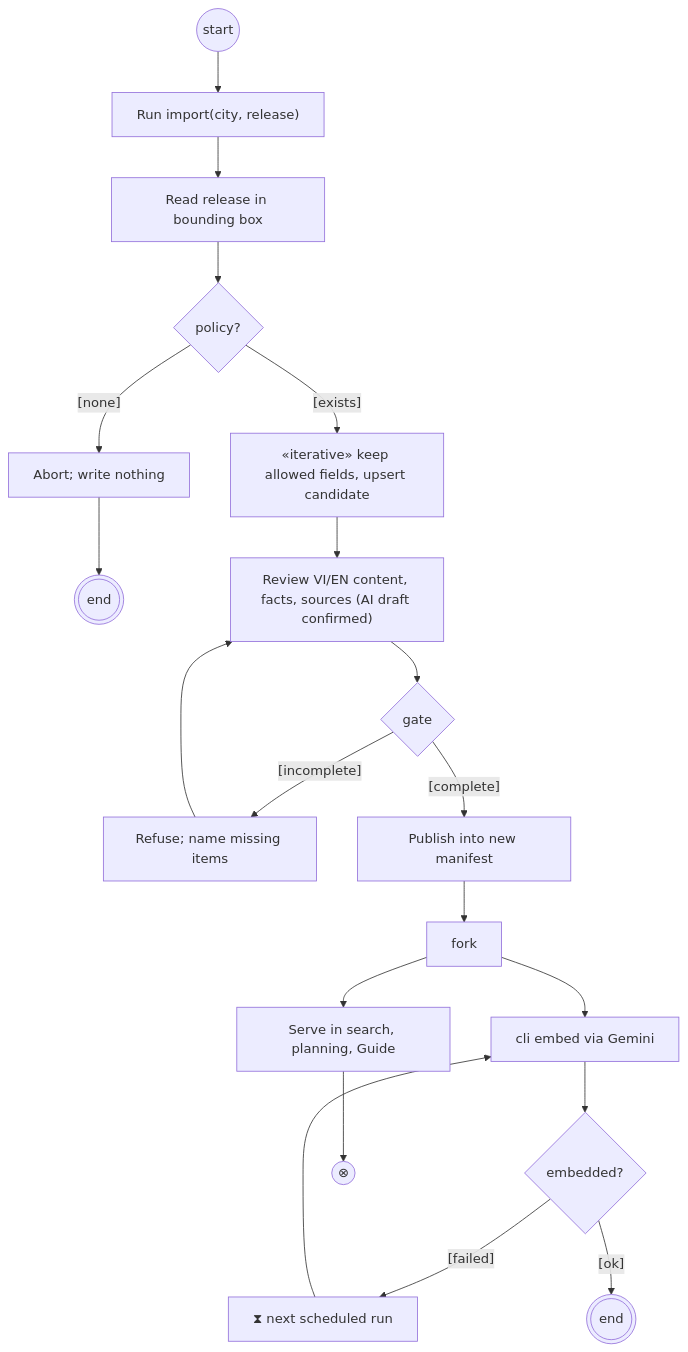
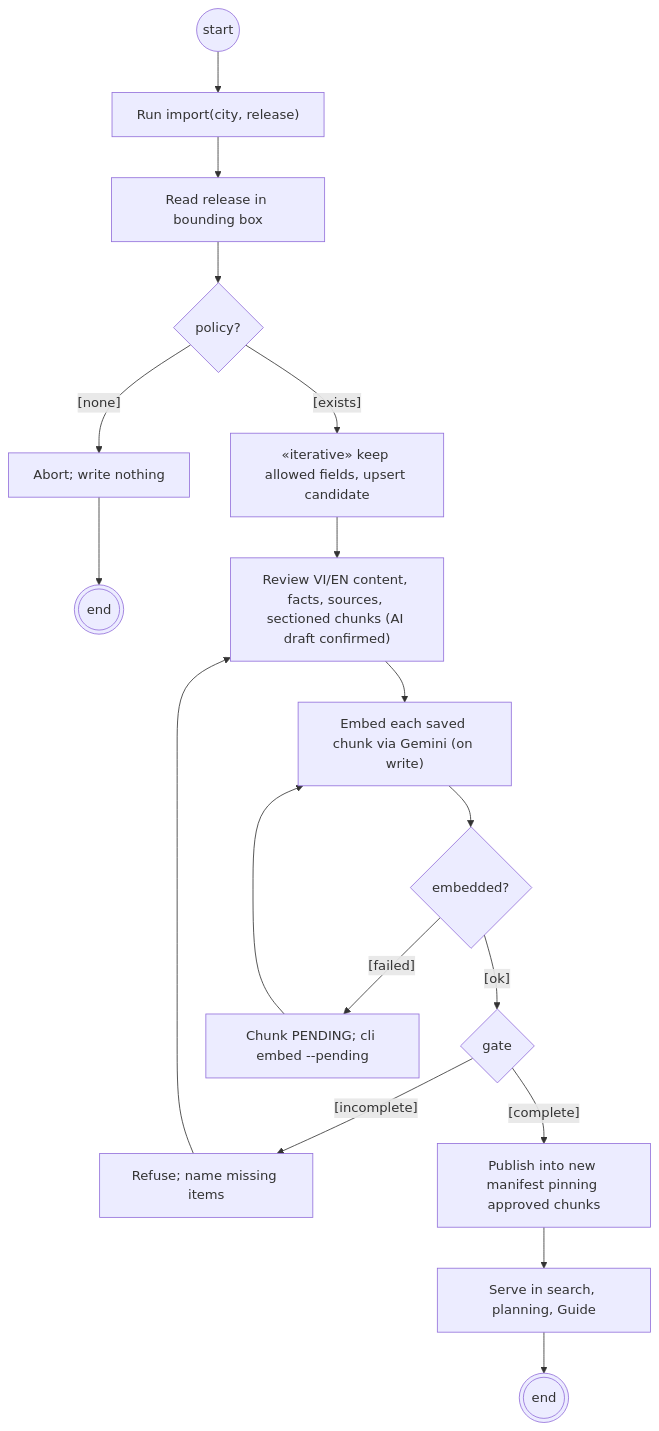
The ninth of 10 diagrams in docs/04-design/diagrams/README.md (lnt-h/fyp_dana), drawn with Mermaid before and after one commit. The commit also changed other lines of this file and 19 other files, not shown here.

First line of the commit message:
docs(design): align AI design — two-tier Guide evidence, multi-day OR-Tools model, embeddings on write

````diff
--- a/docs/04-design/diagrams/README.md
+++ b/docs/04-design/diagrams/README.md
@@ -315,12 +316,12 @@
 ```mermaid
 flowchart TD
     s((start)) --> imp["Run import(city, release)"] --> rd["Read release in bounding box"] --> p{policy?}
     p -->|"[none]"| ab["Abort; write nothing"] --> e0(((end)))
-    p -->|"[exists]"| up["«iterative» keep allowed fields, upsert candidate"] --> rev["Review VI/EN content, facts, sources (AI draft confirmed)"] --> gate{gate}
+    p -->|"[exists]"| up["«iterative» keep allowed fields, upsert candidate"] --> rev["Review VI/EN content, facts, sources, sectioned chunks (AI draft confirmed)"]
+    gate{gate}
     gate -->|"[incomplete]"| rf["Refuse; name missing items"] --> rev
-    gate -->|"[complete]"| pub["Publish into new manifest"] --> fk[fork]
-    fk --> emb["cli embed via Gemini"] --> ok{embedded?}
-    ok -->|"[failed]"| wait["⧗ next scheduled run"] --> emb
-    ok -->|"[ok]"| e1(((end)))
-    fk --> serve["Serve in search, planning, Guide"] --> xf((⊗))
+    rev --> emb["Embed each saved chunk via Gemini (on write)"] --> ok{embedded?}
+    ok -->|"[failed]"| pend["Chunk PENDING; cli embed --pending"] --> emb
+    ok -->|"[ok]"| gate
+    gate -->|"[complete]"| pub["Publish into new manifest pinning approved chunks"] --> serve["Serve in search, planning, Guide"] --> e1(((end)))
 ```
````
